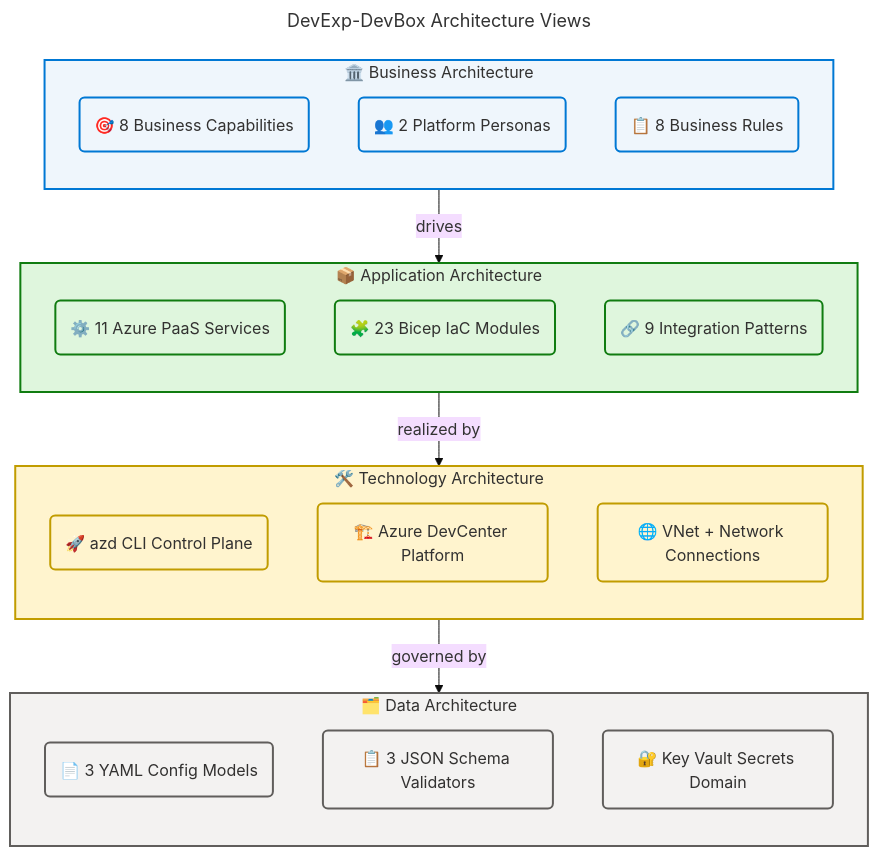
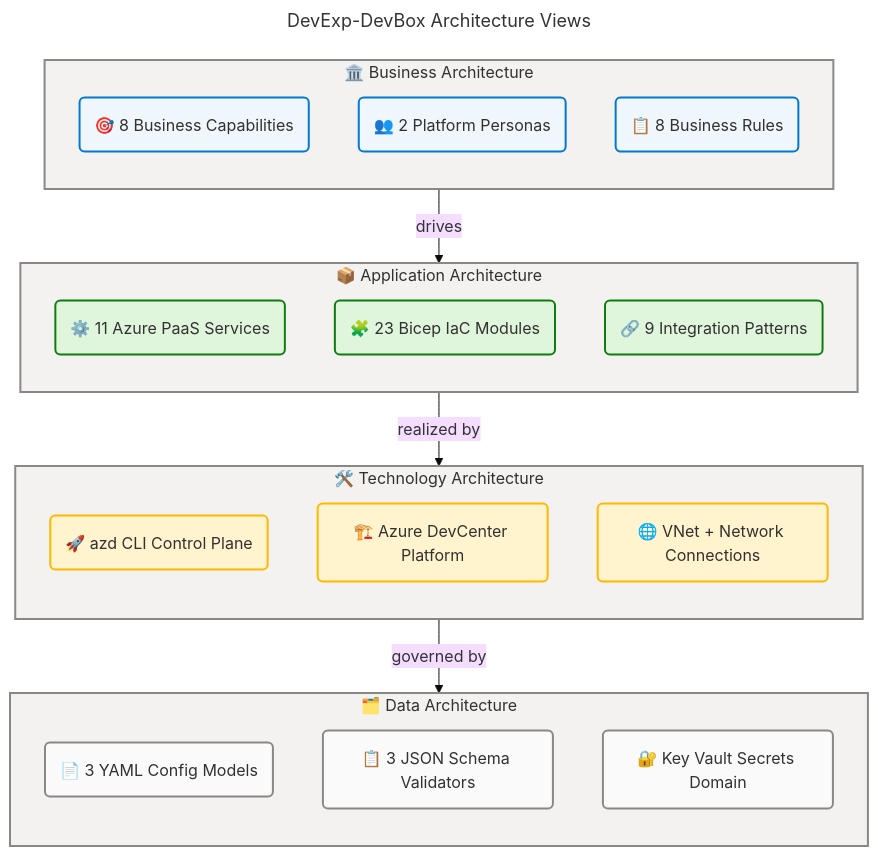
One commit to Evilazaro/DevExp-DevBox changed the diagram in docs/architecture/README.md. Above: the diagram before and after it, drawn with Mermaid.

Commit message:
Enhance architecture documentation with improved descriptions, accessibility compliance, and updated styling for clarity and consistency

````diff
--- a/docs/architecture/README.md
+++ b/docs/architecture/README.md
@@ -36,58 +36,71 @@
 ```mermaid
 ---
 title: DevExp-DevBox Architecture Views
 config:
   theme: base
   look: classic
   layout: dagre
   themeVariables:
     fontSize: '16px'
   flowchart:
     htmlLabels: true
 ---
 flowchart TB
     accTitle: DevExp-DevBox Four Architecture Views
-    accDescr:  architecture views showing Business, Application, Technology, and Data layers and their relationships for the DevExp-DevBox accelerator.
+    accDescr: Four architecture views showing Business, Application, Technology, and Data layers and their relationships for the DevExp-DevBox accelerator. B1=core, B2=core, B3=core, A1=success, A2=success, A3=success, T1=warning, T2=warning, T3=warning, D1=neutral, D2=neutral, D3=neutral. WCAG AA compliant.
+
+    %% ═══════════════════════════════════════════════════════════════════════════
+    %% AZURE / FLUENT ARCHITECTURE PATTERN v2.0
+    %% (Semantic + Structural + Font + Accessibility Governance)
+    %% ═══════════════════════════════════════════════════════════════════════════
+    %% PHASE 1 - FLUENT UI: All styling uses approved Fluent UI palette only
+    %% PHASE 2 - GROUPS: Every subgraph has semantic color via style directive
+    %% PHASE 3 - COMPONENTS: Every node has semantic classDef + icon prefix
+    %% PHASE 4 - ACCESSIBILITY: accTitle/accDescr present, WCAG AA contrast
+    %% PHASE 5 - STANDARD: Governance block present, classDefs centralized
+    %% ═══════════════════════════════════════════════════════════════════════════
 
     subgraph BUS["🏛️ Business Architecture"]
         direction TB
-        B1("🎯 8 Business Capabilities"):::biz
-        B2("👥 2 Platform Personas"):::biz
-        B3("📋 8 Business Rules"):::biz
+        B1("🎯 8 Business Capabilities"):::core
+        B2("👥 2 Platform Personas"):::core
+        B3("📋 8 Business Rules"):::core
     end
 
     subgraph APP["📦 Application Architecture"]
         direction TB
-        A1("⚙️ 11 Azure PaaS Services"):::app
-        A2("🧩 23 Bicep IaC Modules"):::app
-        A3("🔗 9 Integration Patterns"):::app
+        A1("⚙️ 11 Azure PaaS Services"):::success
+        A2("🧩 23 Bicep IaC Modules"):::success
+        A3("🔗 9 Integration Patterns"):::success
     end
 
     subgraph TECH["🛠️ Technology Architecture"]
         direction TB
-        T1("🚀 azd CLI Control Plane"):::tech
-        T2("🏗️ Azure DevCenter Platform"):::tech
-        T3("🌐 VNet + Network Connections"):::tech
+        T1("🚀 azd CLI Control Plane"):::warning
+        T2("🏗️ Azure DevCenter Platform"):::warning
+        T3("🌐 VNet + Network Connections"):::warning
     end
 
     subgraph DATA["🗂️ Data Architecture"]
         direction TB
-        D1("📄 3 YAML Config Models"):::data
-        D2("📋 3 JSON Schema Validators"):::data
-        D3("🔐 Key Vault Secrets Domain"):::data
+        D1("📄 3 YAML Config Models"):::neutral
+        D2("📋 3 JSON Schema Validators"):::neutral
+        D3("🔐 Key Vault Secrets Domain"):::neutral
     end
 
     BUS -->|"drives"| APP
     APP -->|"realized by"| TECH
     TECH -->|"governed by"| DATA
 
-    style BUS fill:#EFF6FC,stroke:#0078D4,stroke-width:2px,color:#323130
-    style APP fill:#DFF6DD,stroke:#107C10,stroke-width:2px,color:#323130
-    style TECH fill:#FFF4CE,stroke:#C19C00,stroke-width:2px,color:#323130
-    style DATA fill:#F3F2F1,stroke:#605E5C,stroke-width:2px,color:#323130
+    style BUS fill:#F3F2F1,stroke:#8A8886,stroke-width:2px,color:#323130
+    style APP fill:#F3F2F1,stroke:#8A8886,stroke-width:2px,color:#323130
+    style TECH fill:#F3F2F1,stroke:#8A8886,stroke-width:2px,color:#323130
+    style DATA fill:#F3F2F1,stroke:#8A8886,stroke-width:2px,color:#323130
 
-    classDef biz fill:#EFF6FC,stroke:#0078D4,stroke-width:2px,color:#323130
-    classDef app fill:#DFF6DD,stroke:#107C10,stroke-width:2px,color:#323130
-    classDef tech fill:#FFF4CE,stroke:#C19C00,stroke-width:2px,color:#323130
-    classDef data fill:#F3F2F1,stroke:#605E5C,stroke-width:2px,color:#323130
+    classDef neutral  fill:#FAFAFA,stroke:#8A8886,stroke-width:2px,color:#323130
+    classDef core     fill:#EFF6FC,stroke:#0078D4,stroke-width:2px,color:#323130
+    classDef success  fill:#DFF6DD,stroke:#107C10,stroke-width:2px,color:#323130
+    classDef warning  fill:#FFF4CE,stroke:#FFB900,stroke-width:2px,color:#323130
+
+%% ✅ Mermaid Verification: 5/5 | Score: 100/100 | Diagrams: 1 | Violations: 0
 ```
````
